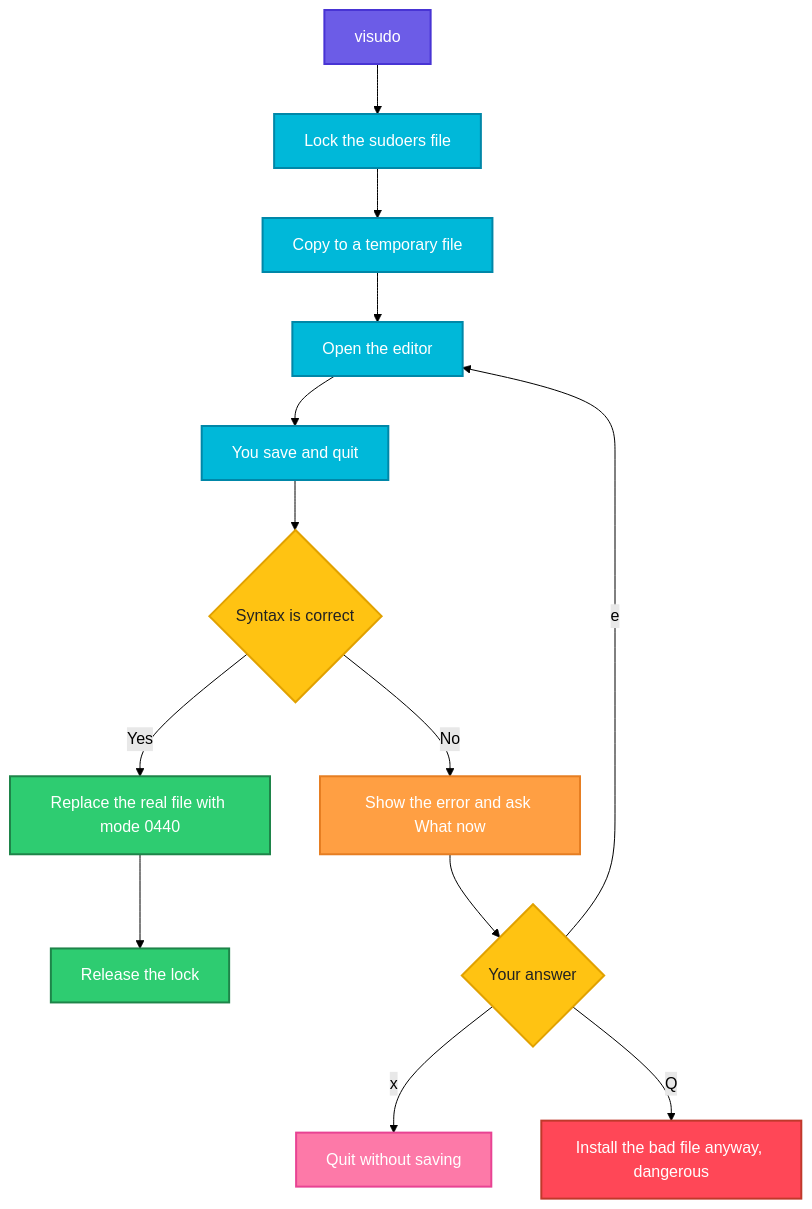
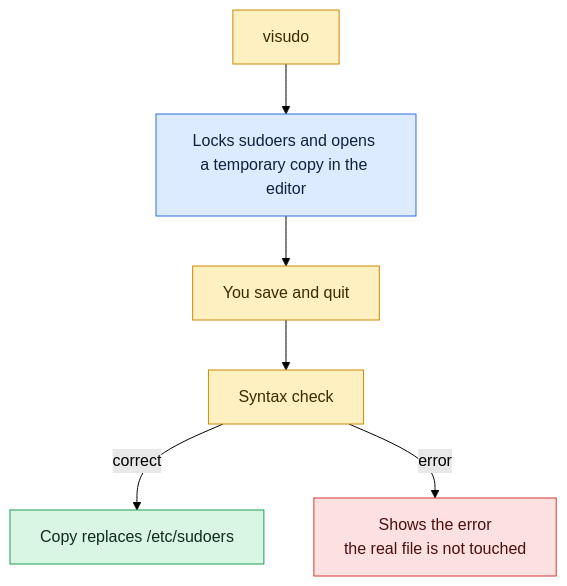
The diagram in linux/user-management/visudo.md (codeKerdosTech/DevOps-Documentation), drawn with Mermaid (forest theme) before and after one commit. The commit also changed other lines of this file and 165 other files, not shown here.

Commit message:
updated diagrams in linux

````diff
--- a/linux/user-management/visudo.md
+++ b/linux/user-management/visudo.md
@@ -41,29 +41,17 @@
 ```mermaid
 flowchart TD
-    A[visudo] --> B[Lock the sudoers file]
-    B --> C[Copy to a temporary file]
-    C --> D[Open the editor]
-    D --> E[You save and quit]
-    E --> F{Syntax is correct}
-    F -->|Yes| G[Replace the real file with mode 0440]
-    F -->|No| H[Show the error and ask What now]
-    H --> I{Your answer}
-    I -->|e| D
-    I -->|x| J[Quit without saving]
-    I -->|Q| K[Install the bad file anyway, dangerous]
-    G --> L[Release the lock]
-    classDef start fill:#6C5CE7,stroke:#4834D4,stroke-width:2px,color:#fff
-    classDef proc fill:#00B8D9,stroke:#0087A8,stroke-width:2px,color:#fff
-    classDef dec fill:#FFC312,stroke:#E1A100,stroke-width:2px,color:#222
-    classDef ok fill:#2ECC71,stroke:#1E8449,stroke-width:2px,color:#fff
-    classDef err fill:#FF4757,stroke:#C0392B,stroke-width:2px,color:#fff
-    classDef out fill:#FD79A8,stroke:#E84393,stroke-width:2px,color:#fff
-    classDef alt fill:#FF9F43,stroke:#E67E22,stroke-width:2px,color:#fff
-    class A start
-    class B,C,D,E proc
-    class F,I dec
-    class G,L ok
-    class H alt
-    class J out
-    class K err
+    c1[visudo] --> i1[Locks sudoers and opens a temporary copy in the editor]
+    i1 --> c2[You save and quit]
+    c2 --> c3[Syntax check]
+    c3 -->|correct| o1[Copy replaces /etc/sudoers]
+    c3 -->|error| x1[Shows the error<br/>the real file is not touched]
+    classDef inp fill:#DCEBFF,stroke:#2F6FDE,color:#10213F
+    classDef cmd fill:#FFF0C2,stroke:#C98A00,color:#3A2A00
+    classDef out fill:#D9F5E3,stroke:#1F9D55,color:#0B2E1A
+    classDef bad fill:#FDE0E0,stroke:#D13B3B,color:#4A0F0F
+    classDef note fill:#ECEFF3,stroke:#7B8794,color:#1F2933
+    class c1,c2,c3 cmd
+    class i1 inp
+    class o1 out
+    class x1 bad
 ```
````
